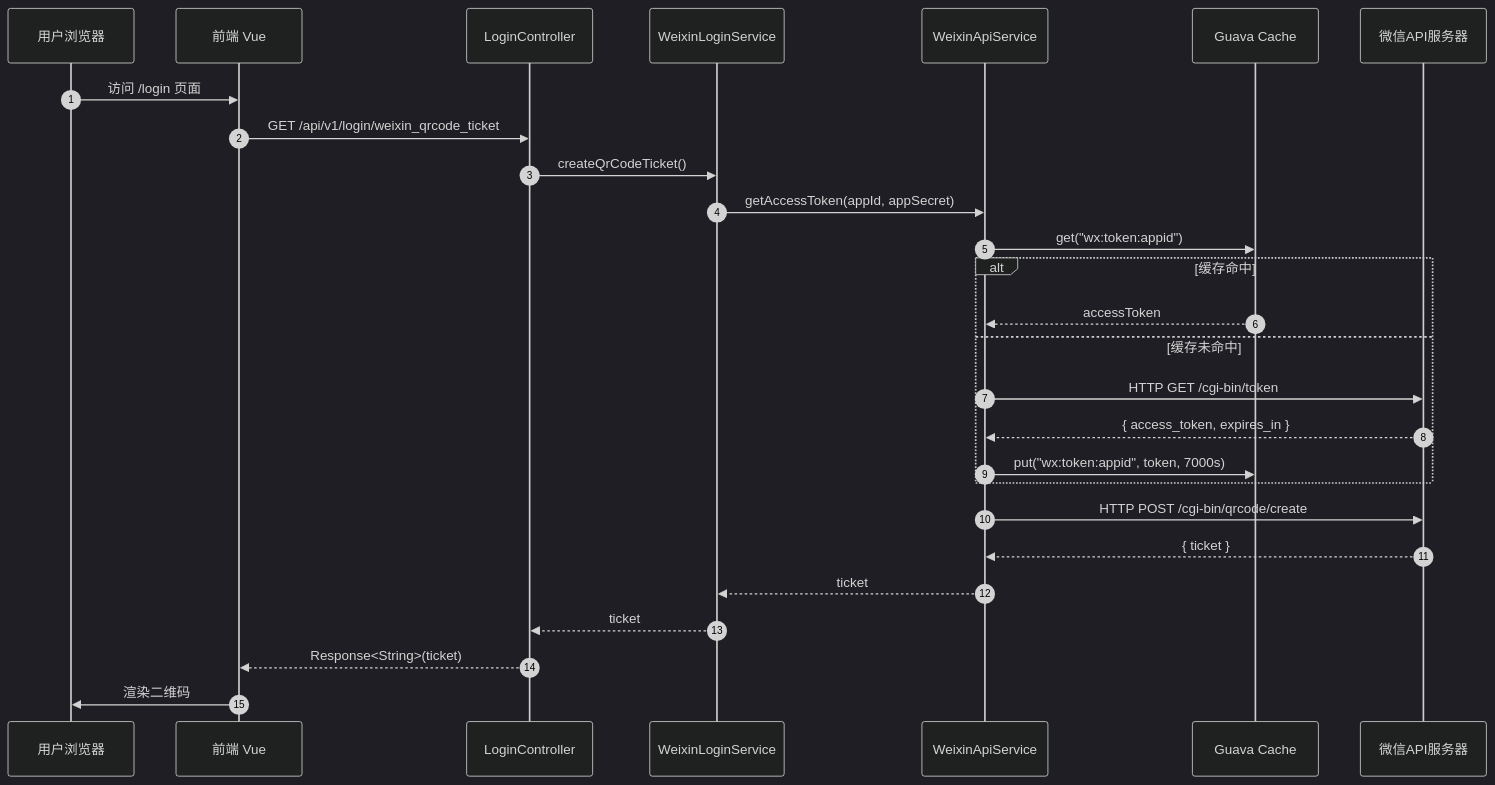
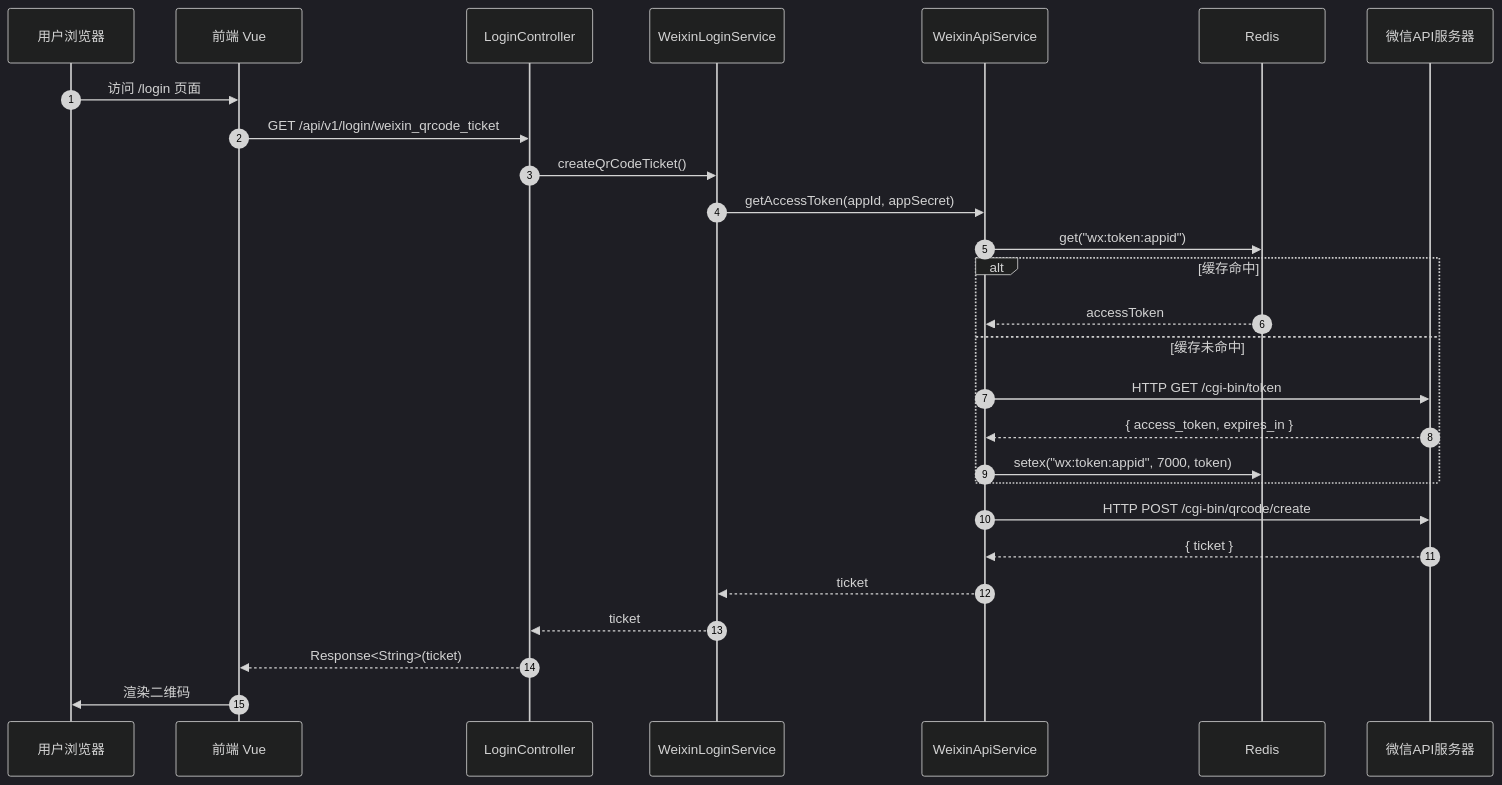
Before and after one commit to sxlva/s-pay-mall: the first of 2 diagrams in docs/design/weixinLogin.md, drawn with Mermaid (dark theme). The commit also changed other lines of this file and 54 other files, not shown here.

````diff
--- a/docs/design/weixinLogin.md
+++ b/docs/design/weixinLogin.md
@@ -21,32 +22,32 @@
 ```mermaid
 sequenceDiagram
     autonumber
     participant User as 用户浏览器
     participant F as 前端 Vue
     participant C as LoginController
     participant S as WeixinLoginService
     participant A as WeixinApiService
-    participant Cache as Guava Cache
+    participant Redis as Redis
     participant WX as 微信API服务器
 
     User->>F: 访问 /login 页面
     F->>C: GET /api/v1/login/weixin_qrcode_ticket
     C->>S: createQrCodeTicket()
     S->>A: getAccessToken(appId, appSecret)
-    A->>Cache: get("wx:token:appid")
+    A->>Redis: get("wx:token:appid")
     
     alt 缓存命中
-        Cache-->>A: accessToken
+        Redis-->>A: accessToken
     else 缓存未命中
         A->>WX: HTTP GET /cgi-bin/token
         WX-->>A: { access_token, expires_in }
-        A->>Cache: put("wx:token:appid", token, 7000s)
+        A->>Redis: setex("wx:token:appid", 7000, token)
     end
     
     A->>WX: HTTP POST /cgi-bin/qrcode/create
     WX-->>A: { ticket }
     A-->>S: ticket
     S-->>C: ticket
     C-->>F: Response<String>(ticket)
     F->>User: 渲染二维码
 ```
````
